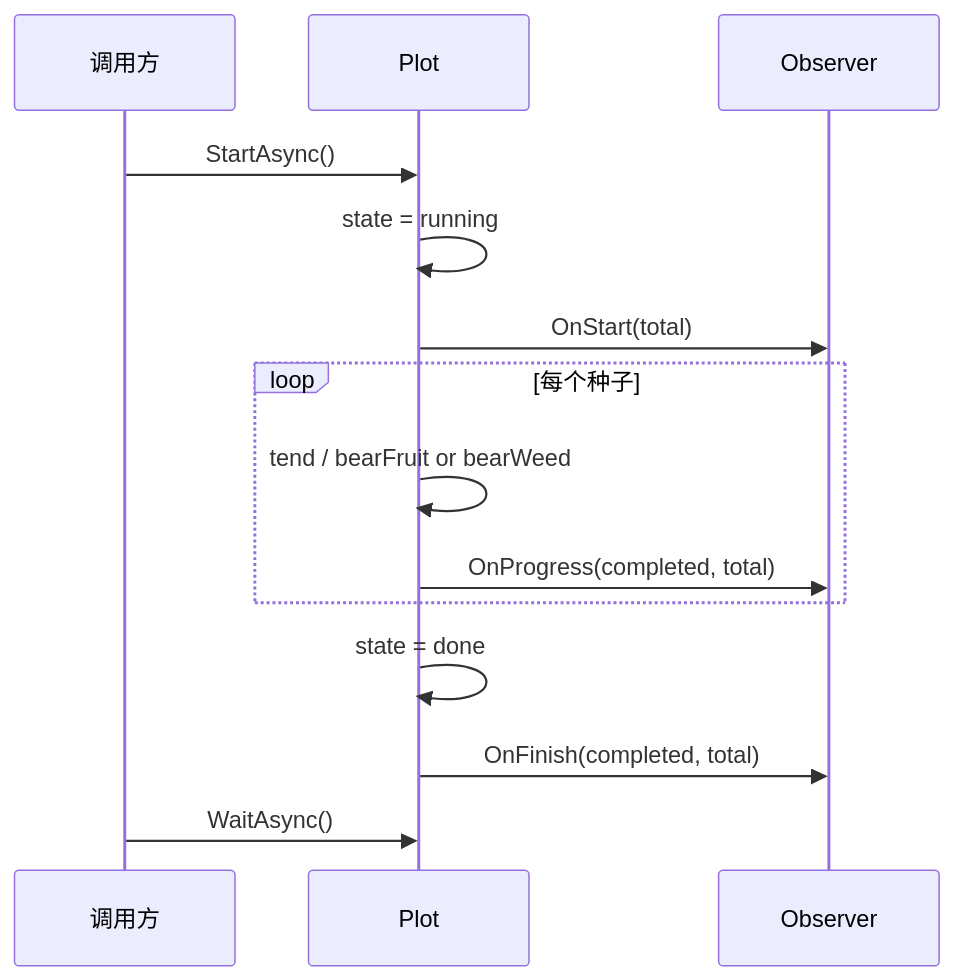
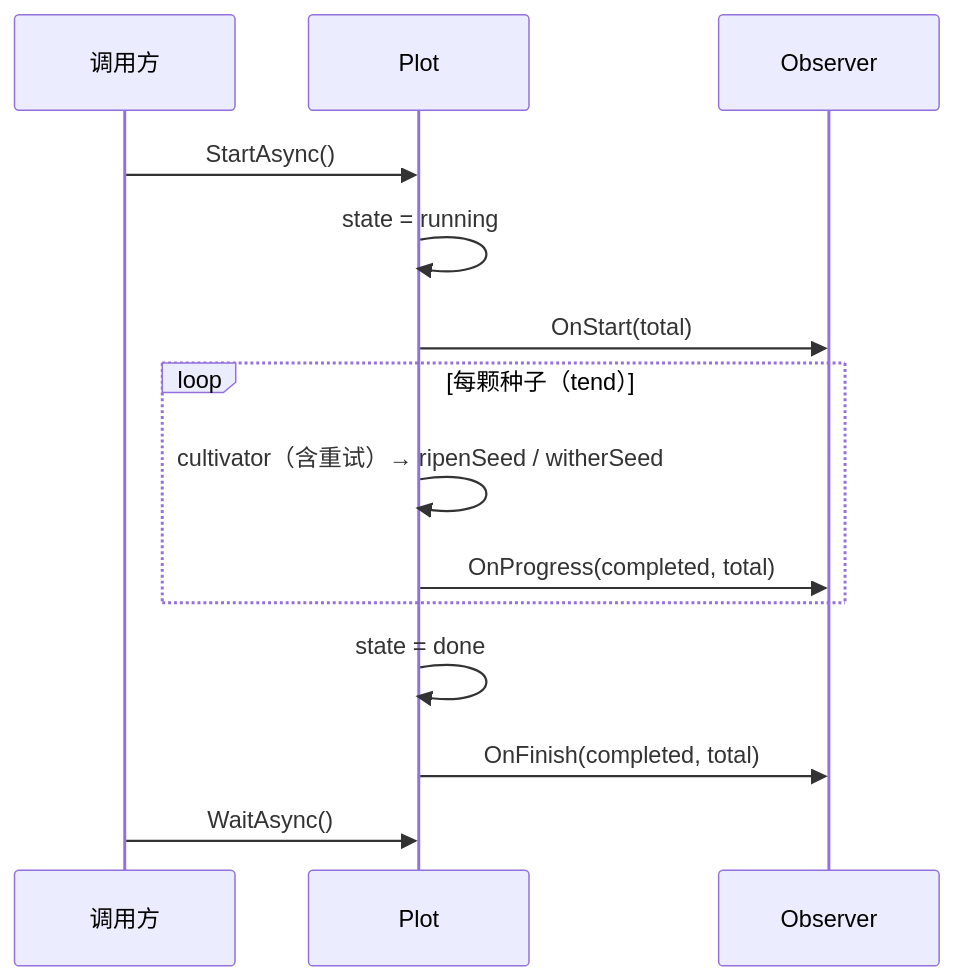
The diagram in docs/zh-CN/pkg/observer/observer.md (Mr-xiaotian/CelestialGrow), drawn with Mermaid before and after one commit. The commit also changed other lines of this file and 34 other files, not shown here.

````diff
--- a/docs/zh-CN/pkg/observer/observer.md
+++ b/docs/zh-CN/pkg/observer/observer.md
@@ -89,17 +97,17 @@
 ```mermaid
 sequenceDiagram
     participant Caller as 调用方
     participant Plot as Plot
     participant Obs as Observer
 
     Caller->>Plot: StartAsync()
     Plot->>Plot: state = running
     Plot->>Obs: OnStart(total)
-    loop 每个种子
-        Plot->>Plot: tend / bearFruit or bearWeed
+    loop 每颗种子（tend）
+        Plot->>Plot: cultivator（含重试）→ ripenSeed / witherSeed
         Plot->>Obs: OnProgress(completed, total)
     end
     Plot->>Plot: state = done
     Plot->>Obs: OnFinish(completed, total)
     Caller->>Plot: WaitAsync()
 ```
````
